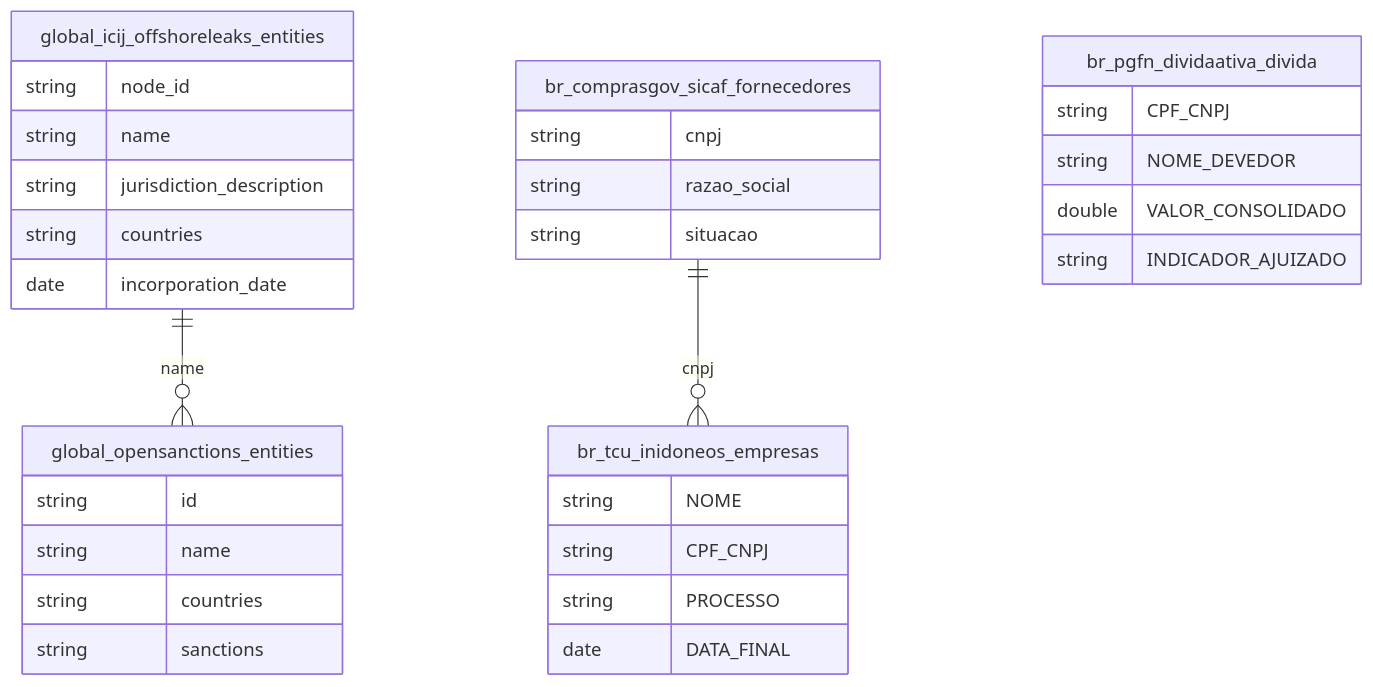
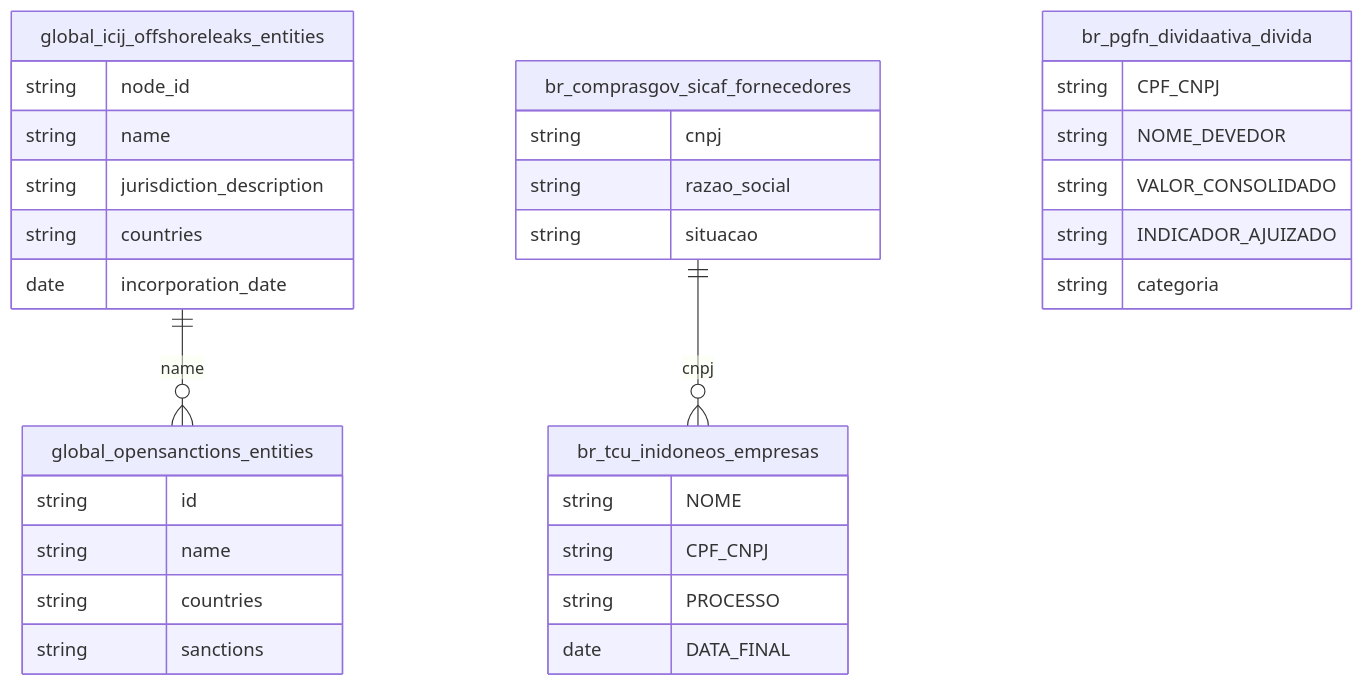
The diagram in docs/overview/37_sancoes_offshore.md (rafapolo/rodado), drawn with Mermaid before and after one commit. The commit also changed other lines of this file and 2 other files, not shown here.

````diff
--- a/docs/overview/37_sancoes_offshore.md
+++ b/docs/overview/37_sancoes_offshore.md
@@ -2,16 +2,16 @@
 ```mermaid
 erDiagram
     global_icij_offshoreleaks_entities {
         string node_id
         string name
         string jurisdiction_description
         string countries
         date incorporation_date
     }
     br_comprasgov_sicaf_fornecedores { string cnpj string razao_social string situacao }
     br_tcu_inidoneos_empresas { string NOME string CPF_CNPJ string PROCESSO date DATA_FINAL }
-    br_pgfn_dividaativa_divida { string CPF_CNPJ string NOME_DEVEDOR double VALOR_CONSOLIDADO string INDICADOR_AJUIZADO }
+    br_pgfn_dividaativa_divida { string CPF_CNPJ string NOME_DEVEDOR string VALOR_CONSOLIDADO string INDICADOR_AJUIZADO string categoria }
     global_opensanctions_entities { string id string name string countries string sanctions }
     global_icij_offshoreleaks_entities ||--o{ global_opensanctions_entities : "name"
     br_comprasgov_sicaf_fornecedores ||--o{ br_tcu_inidoneos_empresas : "cnpj"
 ```
````
